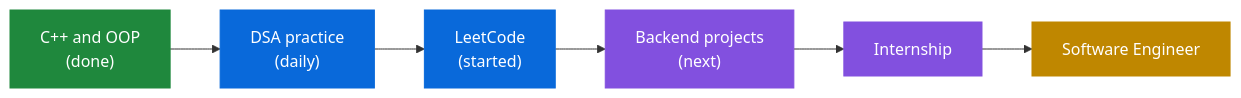
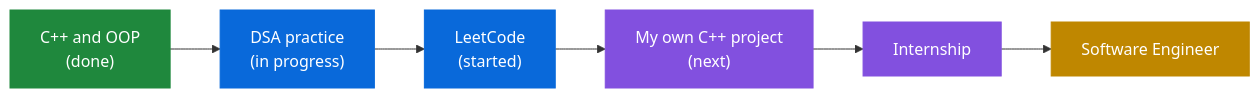
One commit to gpro89465-afk/gpro89465-afk changed the diagram in README.md. Above: the diagram before and after it, drawn with Mermaid. The commit also changed other lines of this file, not shown here.

First line of the commit message:
Revise README content and project descriptions

````diff
--- a/README.md
+++ b/README.md
@@ -34,18 +34,18 @@
 ```mermaid
 flowchart LR
-    A["C++ and OOP<br/>(done)"] --> B["DSA practice<br/>(daily)"]
+    A["C++ and OOP<br/>(done)"] --> B["DSA practice<br/>(in progress)"]
     B --> C["LeetCode<br/>(started)"]
-    C --> D["Backend projects<br/>(next)"]
+    C --> D["My own C++ project<br/>(next)"]
     D --> E["Internship"]
     E --> F["Software Engineer"]
 
     classDef done fill:#1f883d,stroke:#1f883d,color:#ffffff
     classDef now fill:#0969da,stroke:#0969da,color:#ffffff
     classDef next fill:#8250df,stroke:#8250df,color:#ffffff
     classDef goal fill:#bf8700,stroke:#bf8700,color:#ffffff
 
     class A done
     class B,C now
     class D,E next
     class F goal
 ```
````
